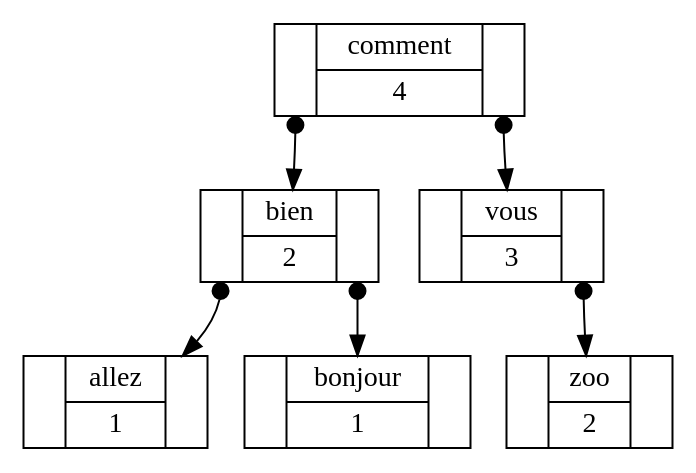
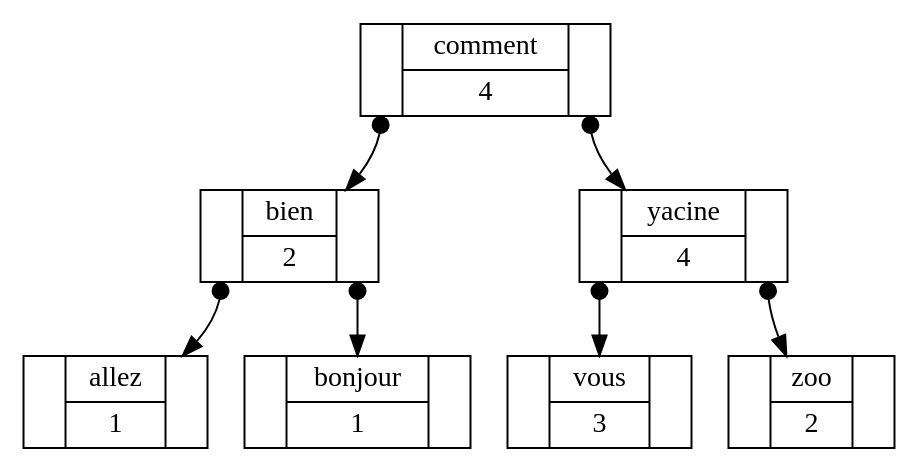
Before and after one commit to yacine20005/ABRnois: the diagram in data/dot/arbre.dot, drawn with Graphviz. The commit also changed 7 other files, not shown here.

```diff
--- a/data/dot/arbre.dot
+++ b/data/dot/arbre.dot
@@ -1,16 +1,18 @@
 digraph arbre {
     node [shape=record, height=.1]
     edge [tailclip=false, arrowtail=dot, dir=both];
 
-    n0x5634127b0430 [label="<fg> | {comment | 4} | <fd>"];
-    n0x5634127b02f0 [label="<fg> | {bien | 2} | <fd>"];
-    n0x5634127b0390 [label="<fg> | {allez | 1} | <fd>"];
-    n0x5634127b03e0 [label="<fg> | {bonjour | 1} | <fd>"];
-    n0x5634127b02f0:fg -> n0x5634127b0390;
-    n0x5634127b02f0:fd -> n0x5634127b03e0;
-    n0x5634127b02a0 [label="<fg> | {vous | 3} | <fd>"];
-    n0x5634127b0340 [label="<fg> | {zoo | 2} | <fd>"];
-    n0x5634127b02a0:fd -> n0x5634127b0340;
-    n0x5634127b0430:fg -> n0x5634127b02f0;
-    n0x5634127b0430:fd -> n0x5634127b02a0;
+    n0x606bd3da2430 [label="<fg> | {comment | 4} | <fd>"];
+    n0x606bd3da22f0 [label="<fg> | {bien | 2} | <fd>"];
+    n0x606bd3da2390 [label="<fg> | {allez | 1} | <fd>"];
+    n0x606bd3da23e0 [label="<fg> | {bonjour | 1} | <fd>"];
+    n0x606bd3da22f0:fg -> n0x606bd3da2390;
+    n0x606bd3da22f0:fd -> n0x606bd3da23e0;
+    n0x606bd3da2480 [label="<fg> | {yacine | 4} | <fd>"];
+    n0x606bd3da22a0 [label="<fg> | {vous | 3} | <fd>"];
+    n0x606bd3da2340 [label="<fg> | {zoo | 2} | <fd>"];
+    n0x606bd3da2480:fg -> n0x606bd3da22a0;
+    n0x606bd3da2480:fd -> n0x606bd3da2340;
+    n0x606bd3da2430:fg -> n0x606bd3da22f0;
+    n0x606bd3da2430:fd -> n0x606bd3da2480;
 }
```
